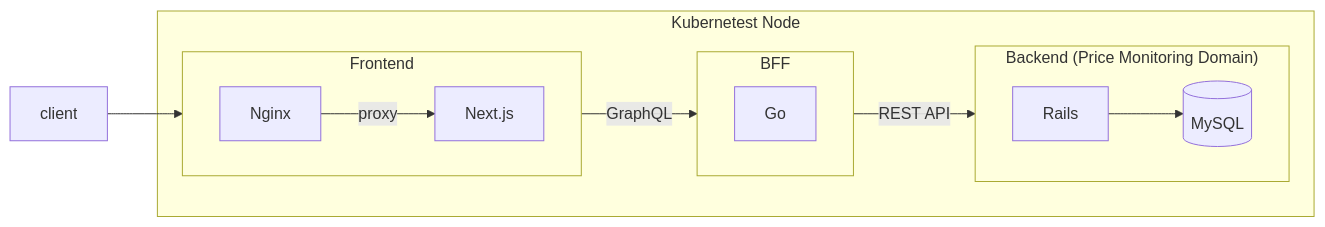
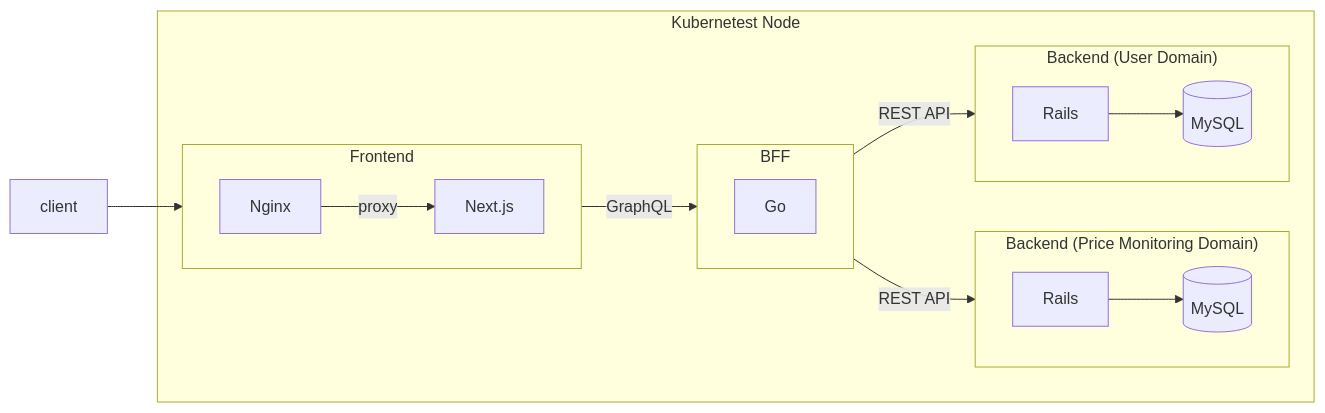
The diagram in README.md (kuroweb/price-monitoring), drawn with Mermaid before and after one commit.

Commit message:
feat: アーキテクチャを修正

````diff
--- a/README.md
+++ b/README.md
@@ -34,30 +34,41 @@
 ```mermaid
 flowchart LR
 subgraph Kubernetest Node
   subgraph frontend [Frontend]
     direction LR
 
     Nginx
     Next.js
 
     Nginx--proxy-->Next.js
   end
 
   subgraph bff [BFF]
     direction LR
 
     Go
   end
 
   subgraph price ["Backend (Price Monitoring Domain)"]
     direction LR
 
-    Rails
-    rails_mysql[(MySQL)]
+    price_rails[Rails]
+    price_rails_mysql[(MySQL)]
 
-    Rails-->rails_mysql
+    price_rails-->price_rails_mysql
+  end
+
+  subgraph user ["Backend (User Domain)"]
+    direction LR
+
+    user_rails[Rails]
+    user_rails_mysql[(MySQL)]
+
+    user_rails-->user_rails_mysql
   end
 end
 
-client-->frontend--GraphQL-->bff--REST API-->price
+client-->frontend--GraphQL-->bff
+bff--REST API-->price
+bff--REST API-->user
 ```
````
